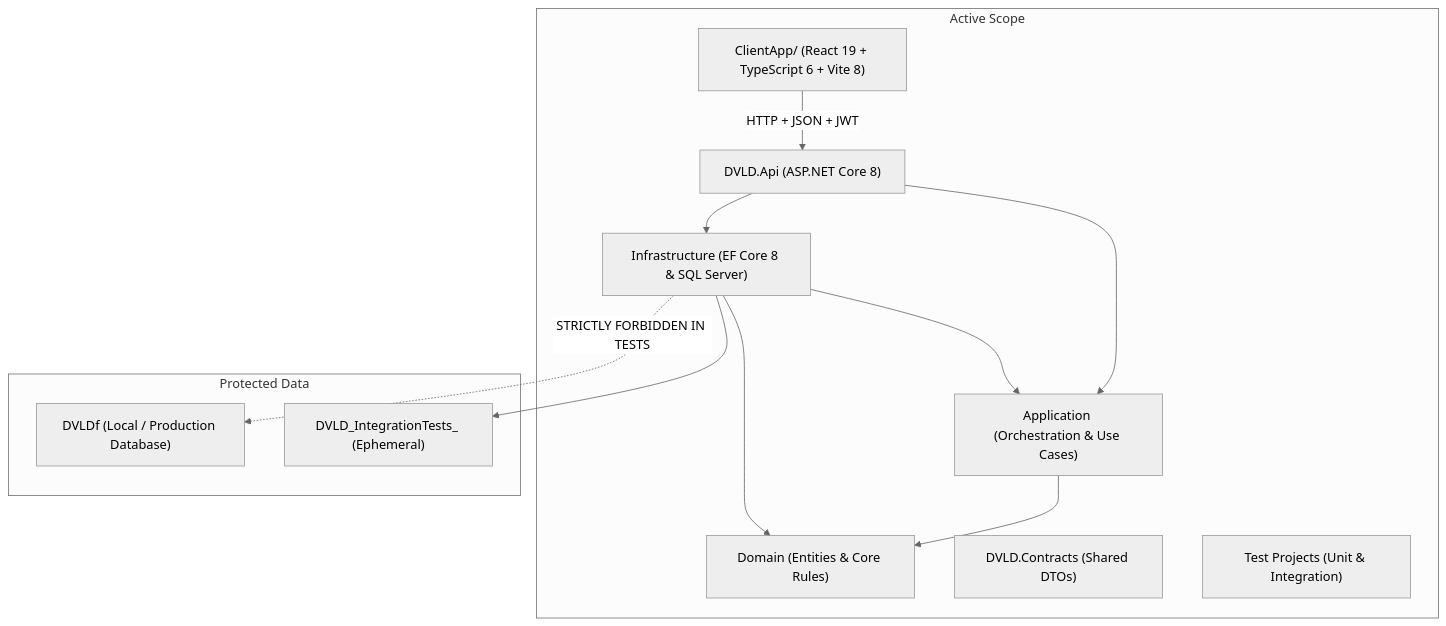
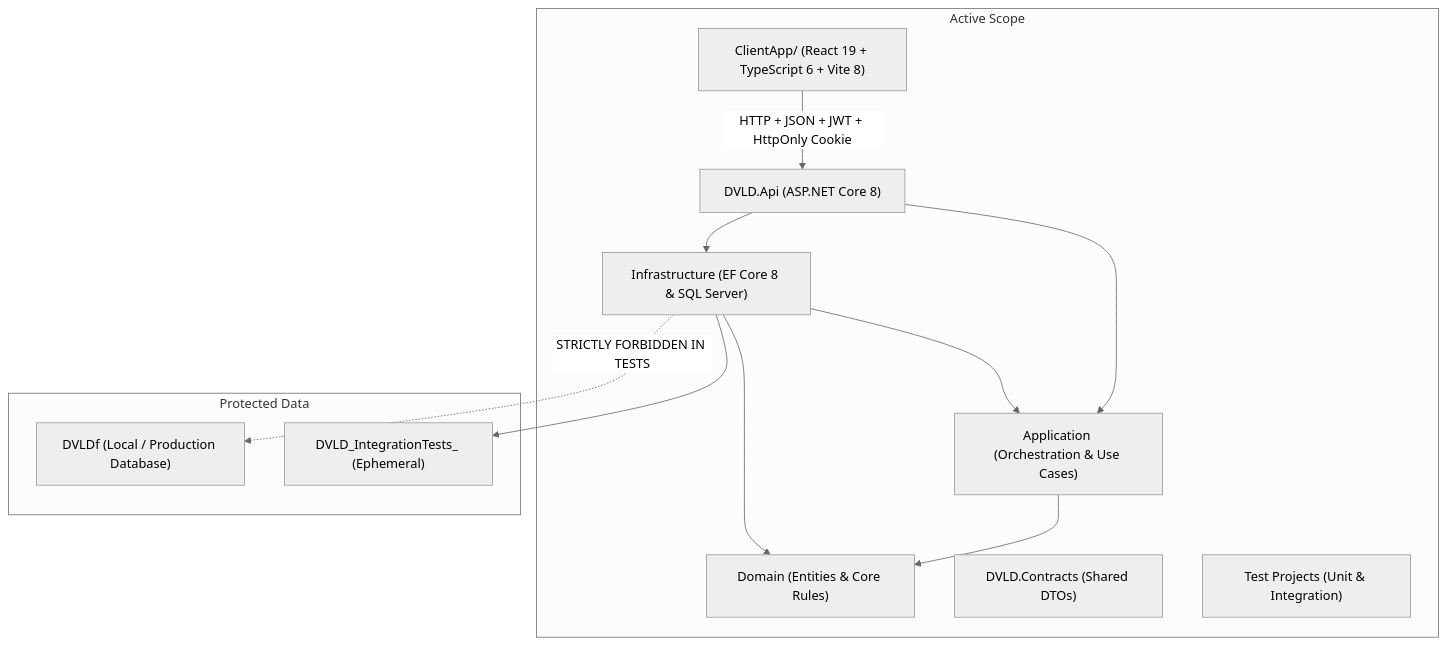
The first of 2 diagrams in AGENTS.md (ayhm325/DVLD-System), drawn with Mermaid (neutral theme) before and after one commit. The commit also changed other lines of this file and 77 other files, not shown here.

````diff
--- a/AGENTS.md
+++ b/AGENTS.md
@@ -41,26 +48,26 @@
 ```mermaid
 graph TD
     subgraph Active Scope
         API["DVLD.Api (ASP.NET Core 8)"]
         APP["Application (Orchestration & Use Cases)"]
         INFRA["Infrastructure (EF Core 8 & SQL Server)"]
         DOMAIN["Domain (Entities & Core Rules)"]
         CONTRACTS["DVLD.Contracts (Shared DTOs)"]
         TESTS["Test Projects (Unit & Integration)"]
         CLIENT["ClientApp/ (React 19 + TypeScript 6 + Vite 8)"]
     end
 
     subgraph Protected Data
         DB_PROD["DVLDf (Local / Production Database)"]
         DB_TEST["DVLD_IntegrationTests_<GUID> (Ephemeral)"]
     end
 
-    CLIENT -->|HTTP + JSON + JWT| API
+    CLIENT -->|HTTP + JSON + JWT + HttpOnly Cookie| API
     API --> APP
     API --> INFRA
     INFRA --> APP
     INFRA --> DOMAIN
     APP --> DOMAIN
     INFRA --> DB_TEST
     INFRA -.->|STRICTLY FORBIDDEN IN TESTS| DB_PROD
 ```
````
